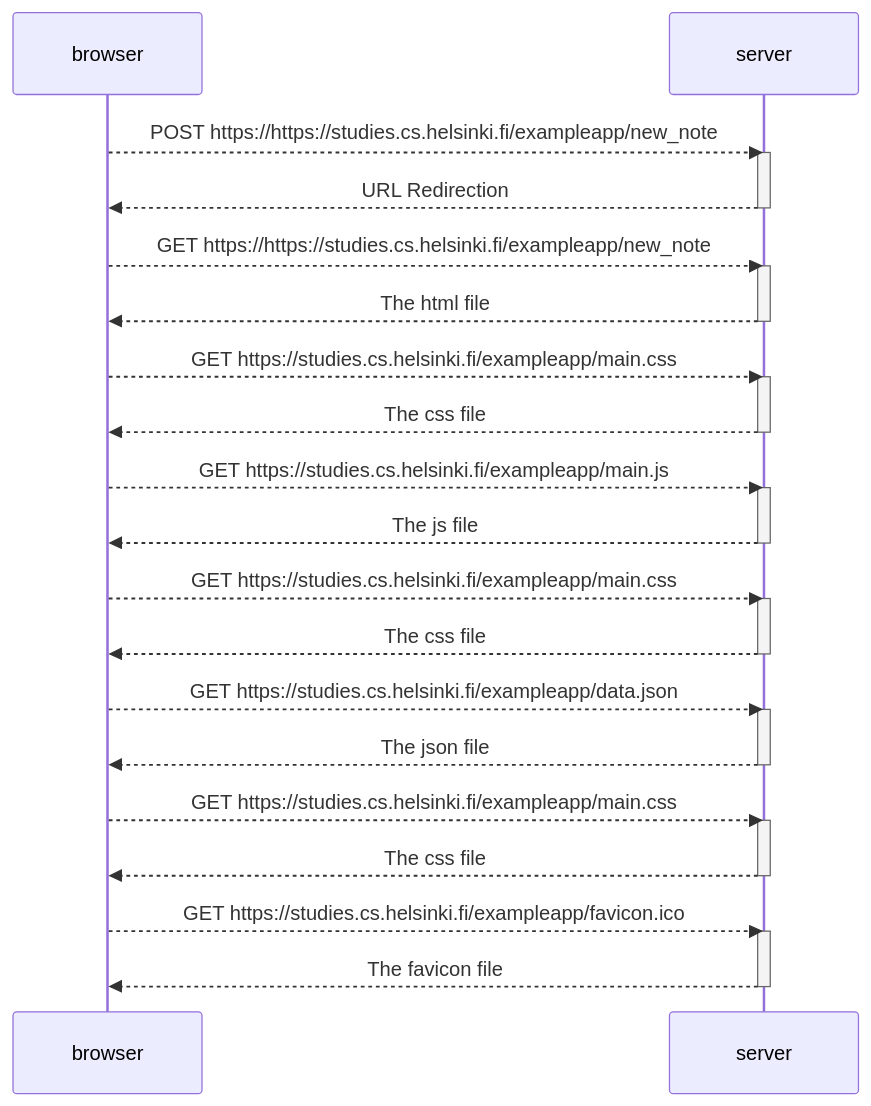
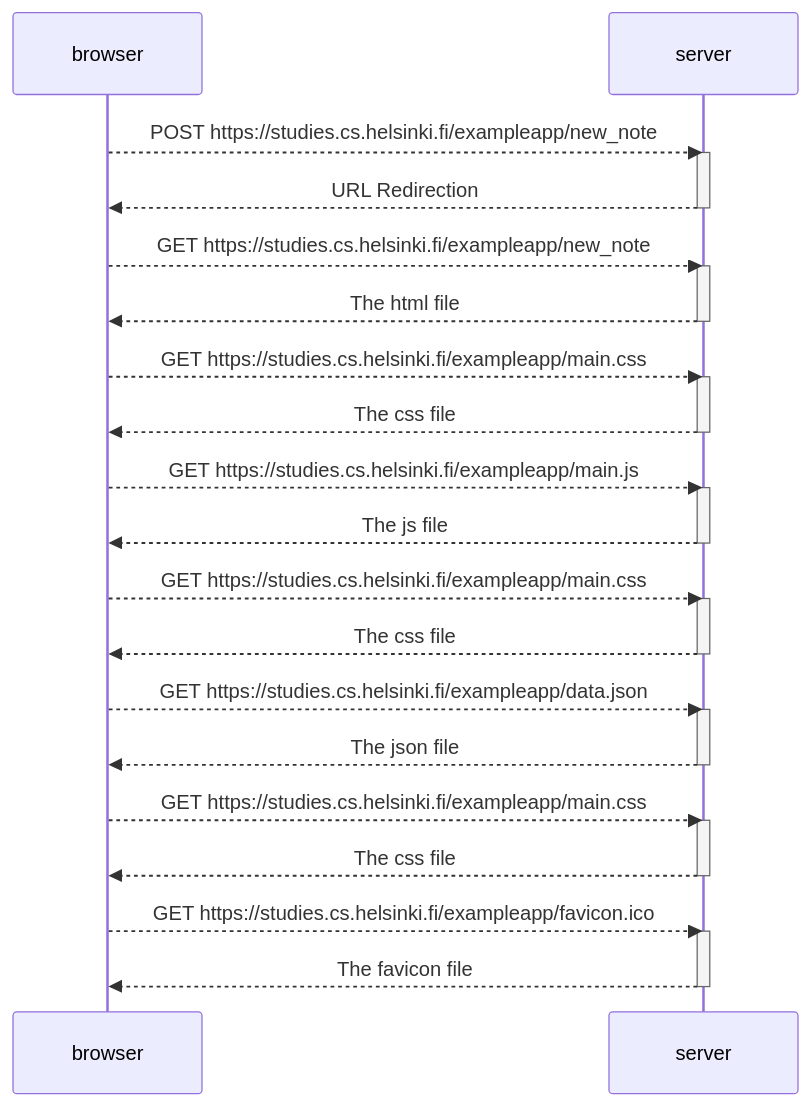
Before and after one commit to alexandroschanas/full-stack-open: the diagram in part_0/04_new_note.md, drawn with Mermaid.

````diff
--- a/part_0/04_new_note.md
+++ b/part_0/04_new_note.md
@@ -1,38 +1,38 @@
 ```mermaid
 sequenceDiagram  
 participant browser
 participant server
 
-browser -->> server: POST https://https://studies.cs.helsinki.fi/exampleapp/new_note
+browser -->> server: POST https://studies.cs.helsinki.fi/exampleapp/new_note
 activate server
 server -->> browser : URL Redirection
 deactivate server
-browser -->> server: GET https://https://studies.cs.helsinki.fi/exampleapp/new_note
+browser -->> server: GET https://studies.cs.helsinki.fi/exampleapp/new_note
 activate server
 server -->> browser: The html file
 deactivate server
 browser -->> server: GET https://studies.cs.helsinki.fi/exampleapp/main.css
 activate server
 server -->> browser: The css file
 deactivate server
 browser -->> server: GET https://studies.cs.helsinki.fi/exampleapp/main.js
 activate server
 server -->> browser: The js file
 deactivate server
 browser -->> server: GET https://studies.cs.helsinki.fi/exampleapp/main.css
 activate server
 server -->> browser: The css file
 deactivate server
 browser -->> server: GET https://studies.cs.helsinki.fi/exampleapp/data.json
 activate server
 server -->> browser: The json file
 deactivate server
 browser -->> server: GET https://studies.cs.helsinki.fi/exampleapp/main.css
 activate server
 server -->> browser: The css file
 deactivate server
 browser -->> server: GET https://studies.cs.helsinki.fi/exampleapp/favicon.ico
  activate server
 server -->> browser: The favicon file
 deactivate server
 ```
````
